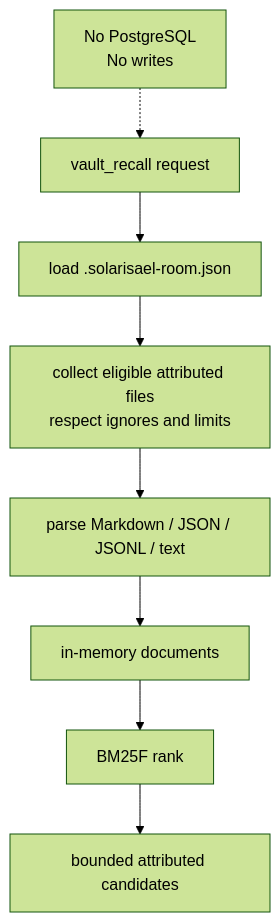
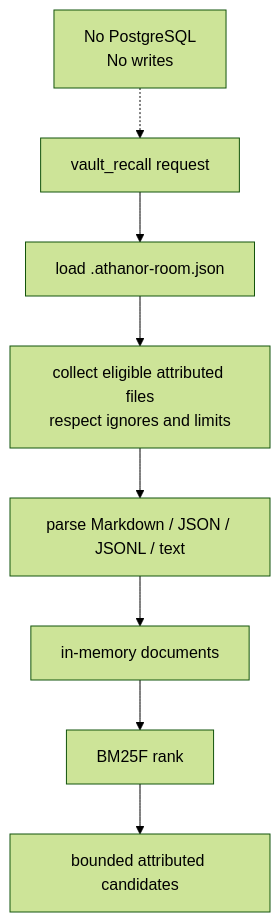
One commit to solarisael/the-athanor changed the ninth of 16 diagrams in docs/CODE_FLOW_MAP.md. Above: the diagram before and after it, drawn with Mermaid (forest theme). The commit also changed other lines of this file and 120 other files, not shown here.

First line of the commit message:
refactor(naming): cut every plugin-internal solarisael-* name over to athanor-*

````diff
--- a/docs/CODE_FLOW_MAP.md
+++ b/docs/CODE_FLOW_MAP.md
@@ -417,11 +417,11 @@
 ```mermaid
 flowchart TD
-    Q["vault_recall request"] --> Marker["load .solarisael-room.json"]
+    Q["vault_recall request"] --> Marker["load .athanor-room.json"]
     Marker --> Collect["collect eligible attributed files<br/>respect ignores and limits"]
     Collect --> Parse["parse Markdown / JSON / JSONL / text"]
     Parse --> Docs["in-memory documents"]
     Docs --> Rank["BM25F rank"]
     Rank --> Bound["bounded attributed candidates"]
 
     NoDB["No PostgreSQL<br/>No writes"] -.-> Q
 ```
````
